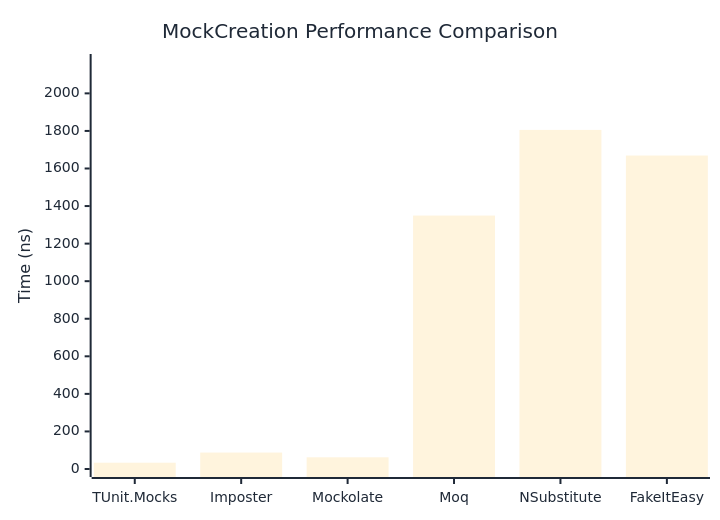
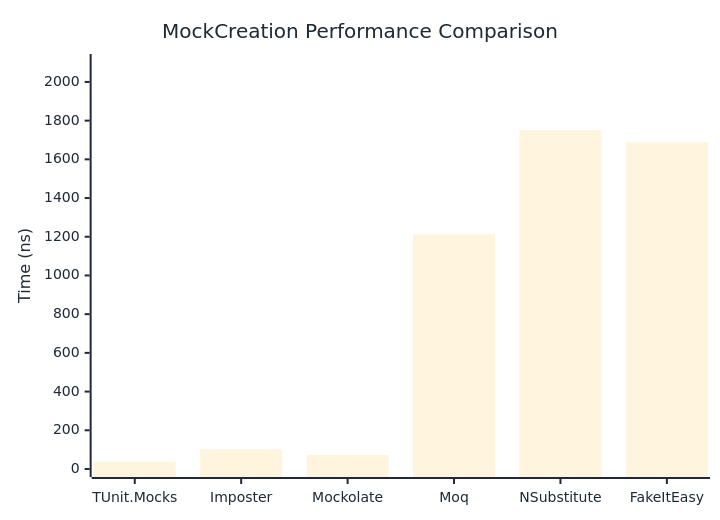
The first of 2 diagrams in docs/docs/benchmarks/mocks/MockCreation.md (thomhurst/TUnit), drawn with Mermaid before and after one commit. The commit also changed other lines of this file and 14 other files, not shown here.

````diff
--- a/docs/docs/benchmarks/mocks/MockCreation.md
+++ b/docs/docs/benchmarks/mocks/MockCreation.md
@@ -28,27 +28,27 @@
 ```mermaid
 %%{init: {
   'theme':'base',
   'themeVariables': {
     'primaryColor': '#2563eb',
     'primaryTextColor': '#1f2937',
     'primaryBorderColor': '#1e40af',
     'lineColor': '#6b7280',
     'secondaryColor': '#7c3aed',
     'tertiaryColor': '#dc2626',
     'background': '#ffffff',
     'pie1': '#2563eb',
     'pie2': '#7c3aed',
     'pie3': '#dc2626',
     'pie4': '#f59e0b',
     'pie5': '#10b981',
     'pie6': '#06b6d4',
     'pie7': '#ec4899',
     'pie8': '#6366f1'
   }
 }}%%
 xychart-beta
   title "MockCreation Performance Comparison"
   x-axis ["TUnit.Mocks", "Imposter", "Mockolate", "Moq", "NSubstitute", "FakeItEasy"]
-  y-axis "Time (ns)" 0 --> 2167
-  bar [33.51, 87.6, 62.34, 1349.41, 1805.4, 1669.03]
+  y-axis "Time (ns)" 0 --> 2103
+  bar [37.98, 101.38, 72.98, 1213.65, 1751.72, 1688.72]
 ```
````
